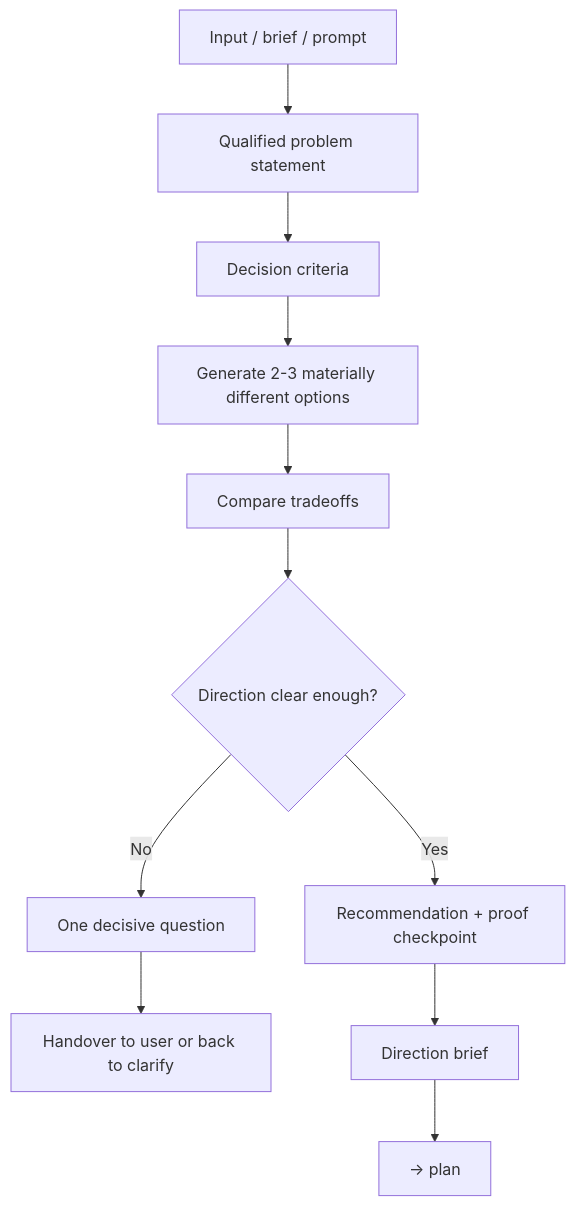
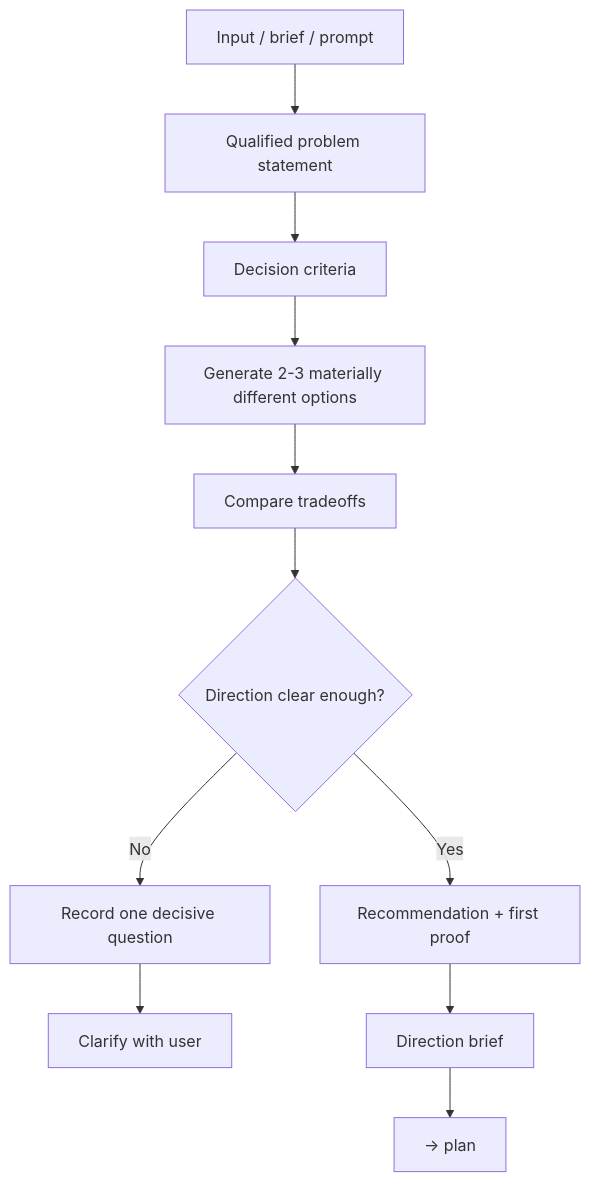
Before and after one commit to nguyenphat57/forge: the diagram in packages/forge-core/workflows/design/brainstorm.md, drawn with Mermaid. The commit also changed other lines of this file and 59 other files, not shown here.

````diff
--- a/packages/forge-core/workflows/design/brainstorm.md
+++ b/packages/forge-core/workflows/design/brainstorm.md
@@ -55,13 +53,13 @@
 ```mermaid
 flowchart TD
     A[Input / brief / prompt] --> B[Qualified problem statement]
     B --> C[Decision criteria]
     C --> D[Generate 2-3 materially different options]
     D --> E[Compare tradeoffs]
     E --> F{Direction clear enough?}
-    F -->|No| G[One decisive question]
-    F -->|Yes| H[Recommendation + proof checkpoint]
-    G --> I[Handover to user or back to clarify]
+    F -->|No| G[Record one decisive question]
+    F -->|Yes| H[Recommendation + first proof]
+    G --> I[Clarify with user]
     H --> J[Direction brief]
     J --> K[-> plan]
 ```
````
